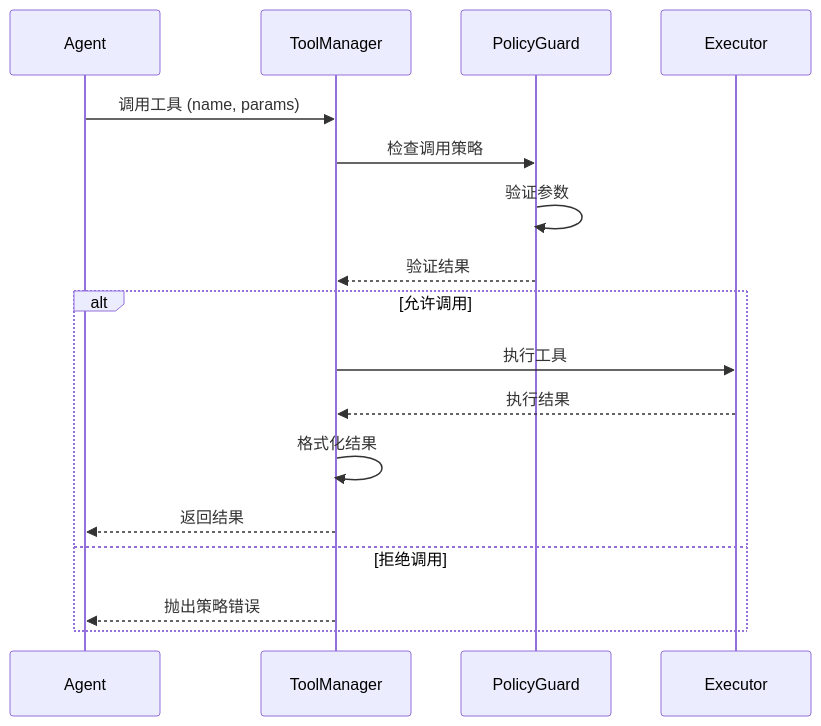
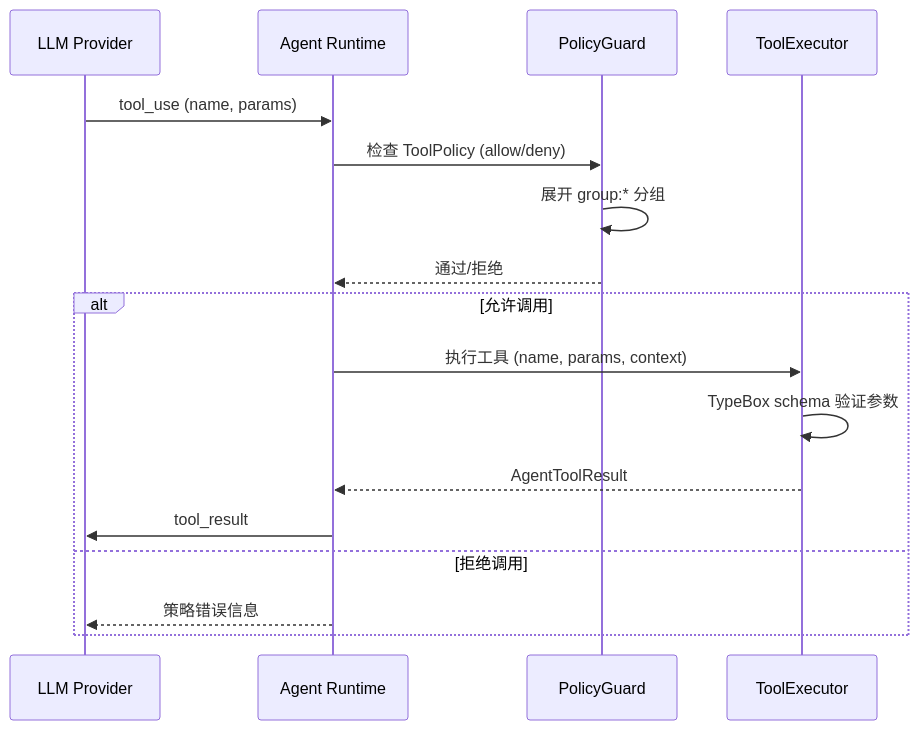
One commit to caicongyang/bloger changed the sixth of 26 diagrams in openclaw/DATA_STRUCTURES.md. Above: the diagram before and after it, drawn with Mermaid. The commit also changed other lines of this file and 13 other files, not shown here.

````diff
--- a/openclaw/DATA_STRUCTURES.md
+++ b/openclaw/DATA_STRUCTURES.md
@@ -230,21 +294,21 @@
 ```mermaid
 sequenceDiagram
-    participant A as Agent
-    participant T as ToolManager
+    participant LLM as LLM Provider
+    participant A as Agent Runtime
     participant P as PolicyGuard
-    participant E as Executor
-    
-    A->>T: 调用工具 (name, params)
-    T->>P: 检查调用策略
-    P->>P: 验证参数
-    P-->>T: 验证结果
-    
+    participant T as ToolExecutor
+
+    LLM->>A: tool_use (name, params)
+    A->>P: 检查 ToolPolicy (allow/deny)
+    P->>P: 展开 group:* 分组
+    P-->>A: 通过/拒绝
+
     alt 允许调用
-        T->>E: 执行工具
-        E-->>T: 执行结果
-        T->>T: 格式化结果
-        T-->>A: 返回结果
+        A->>T: 执行工具 (name, params, context)
+        T->>T: TypeBox schema 验证参数
+        T-->>A: AgentToolResult
+        A->>LLM: tool_result
     else 拒绝调用
-        T-->>A: 抛出策略错误
+        A-->>LLM: 策略错误信息
     end
 ```
````
